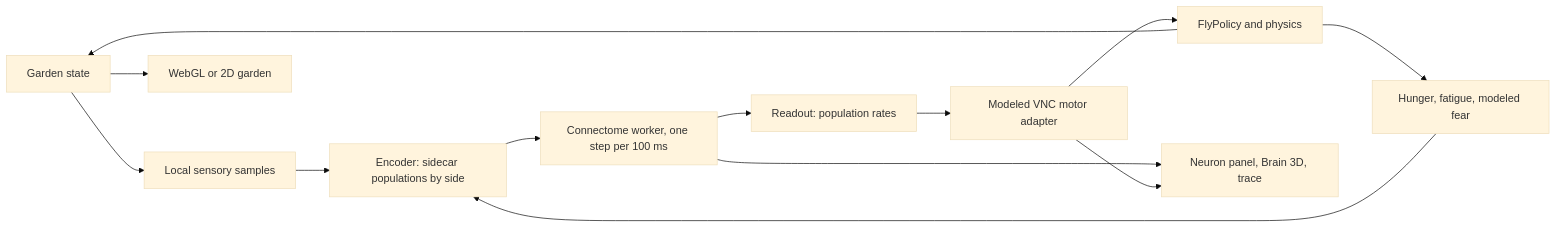
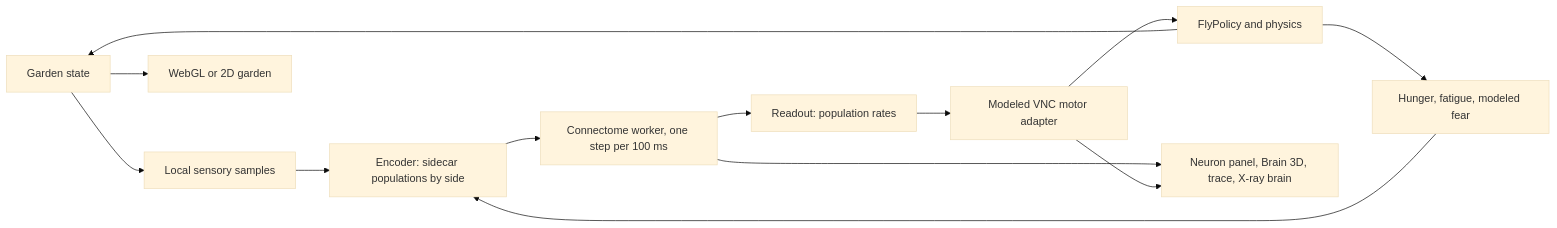
One commit to solomonsealed/flybrain changed the diagram in docs/world-model.md. Above: the diagram before and after it, drawn with Mermaid (base theme). The commit also changed other lines of this file and 19 other files, not shown here.

````diff
--- a/docs/world-model.md
+++ b/docs/world-model.md
@@ -44,15 +45,15 @@
 ```mermaid
 flowchart LR
     W[Garden state] --> S[Local sensory samples]
     S --> E[Encoder: sidecar populations by side]
     E --> B[Connectome worker, one step per 100 ms]
     B --> R[Readout: population rates]
     R --> M[Modeled VNC motor adapter]
     M --> P[FlyPolicy and physics]
     P --> W
     P --> D[Hunger, fatigue, modeled fear]
     D --> E
     W --> G[WebGL or 2D garden]
-    B --> I[Neuron panel, Brain 3D, trace]
+    B --> I[Neuron panel, Brain 3D, trace, X-ray brain]
     M --> I
 ```
````
